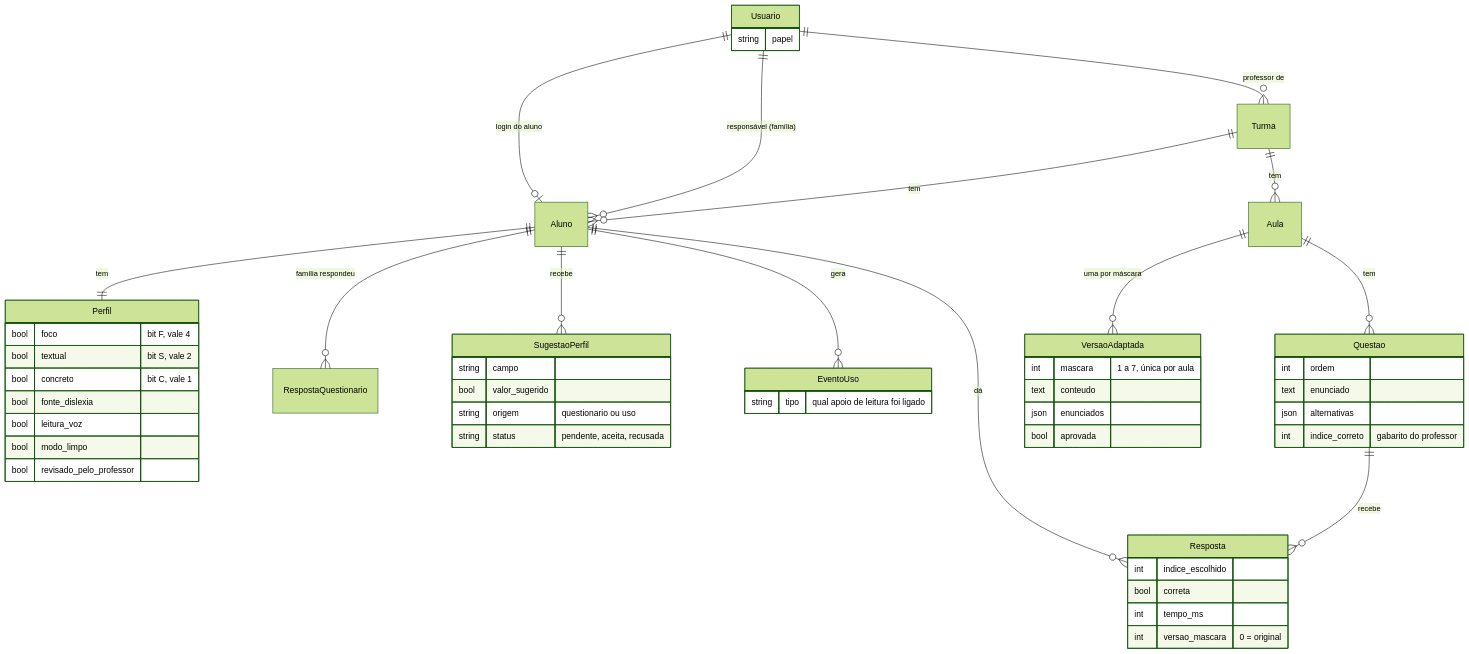
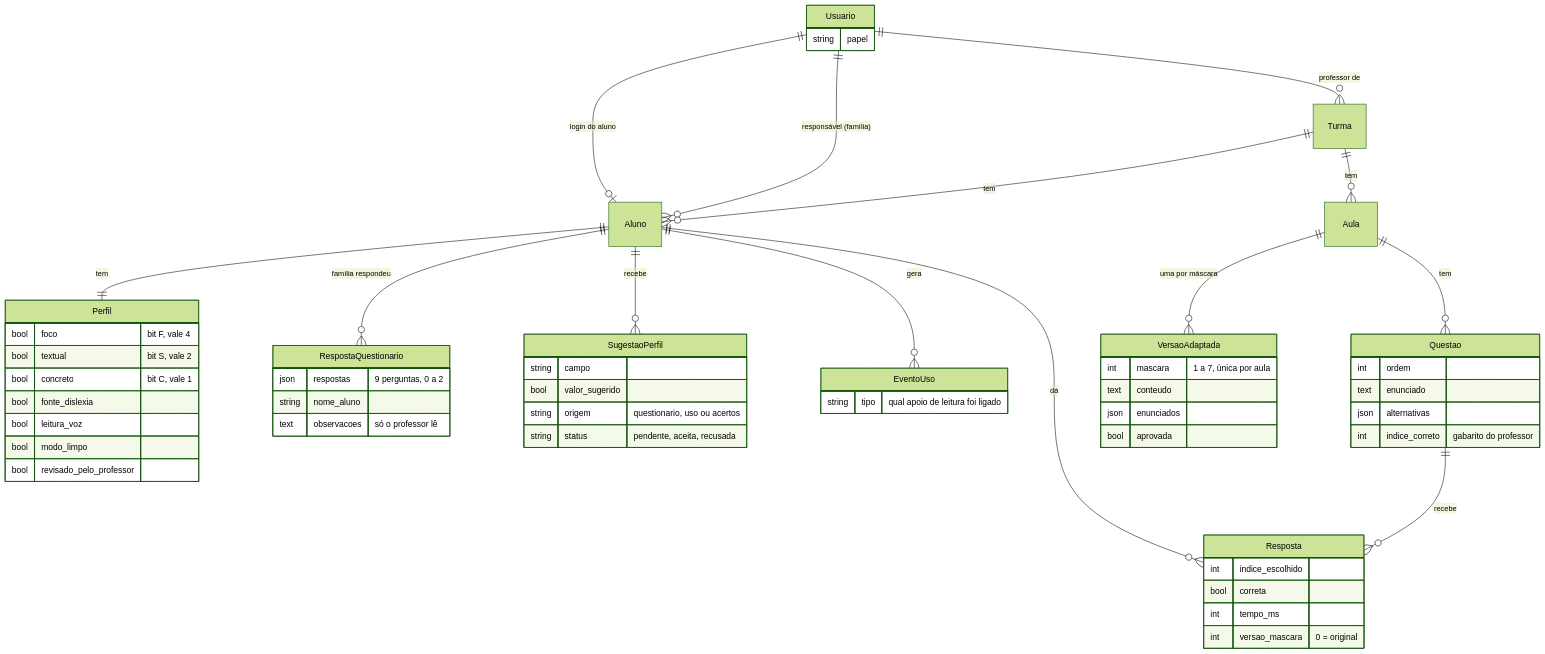
One commit to JPedroti/nextlearn changed the second of 3 diagrams in docs/arquitetura.md. Above: the diagram before and after it, drawn with Mermaid (forest theme). The commit also changed other lines of this file and 4 other files, not shown here.

````diff
--- a/docs/arquitetura.md
+++ b/docs/arquitetura.md
@@ -42,56 +45,61 @@
 ```mermaid
 erDiagram
     Usuario ||--o{ Turma : "professor de"
     Usuario ||--o| Aluno : "login do aluno"
     Usuario ||--o{ Aluno : "responsável (família)"
     Turma ||--o{ Aluno : "tem"
     Turma ||--o{ Aula : "tem"
     Aluno ||--|| Perfil : "tem"
     Aluno ||--o{ RespostaQuestionario : "família respondeu"
     Aluno ||--o{ SugestaoPerfil : "recebe"
     Aluno ||--o{ Resposta : "dá"
     Aluno ||--o{ EventoUso : "gera"
     Aula ||--o{ Questao : "tem"
     Aula ||--o{ VersaoAdaptada : "uma por máscara"
     Questao ||--o{ Resposta : "recebe"
 
     Usuario {
         string papel
     }
     Perfil {
         bool foco "bit F, vale 4"
         bool textual "bit S, vale 2"
         bool concreto "bit C, vale 1"
         bool fonte_dislexia
         bool leitura_voz
         bool modo_limpo
         bool revisado_pelo_professor
     }
     Questao {
         int ordem
         text enunciado
         json alternativas
         int indice_correto "gabarito do professor"
     }
     VersaoAdaptada {
         int mascara "1 a 7, única por aula"
         text conteudo
         json enunciados
         bool aprovada
     }
     Resposta {
         int indice_escolhido
         bool correta
         int tempo_ms
         int versao_mascara "0 = original"
     }
+    RespostaQuestionario {
+        json respostas "9 perguntas, 0 a 2"
+        string nome_aluno
+        text observacoes "só o professor lê"
+    }
     SugestaoPerfil {
         string campo
         bool valor_sugerido
-        string origem "questionario ou uso"
+        string origem "questionario, uso ou acertos"
         string status "pendente, aceita, recusada"
     }
     EventoUso {
         string tipo "qual apoio de leitura foi ligado"
     }
 ```
````
